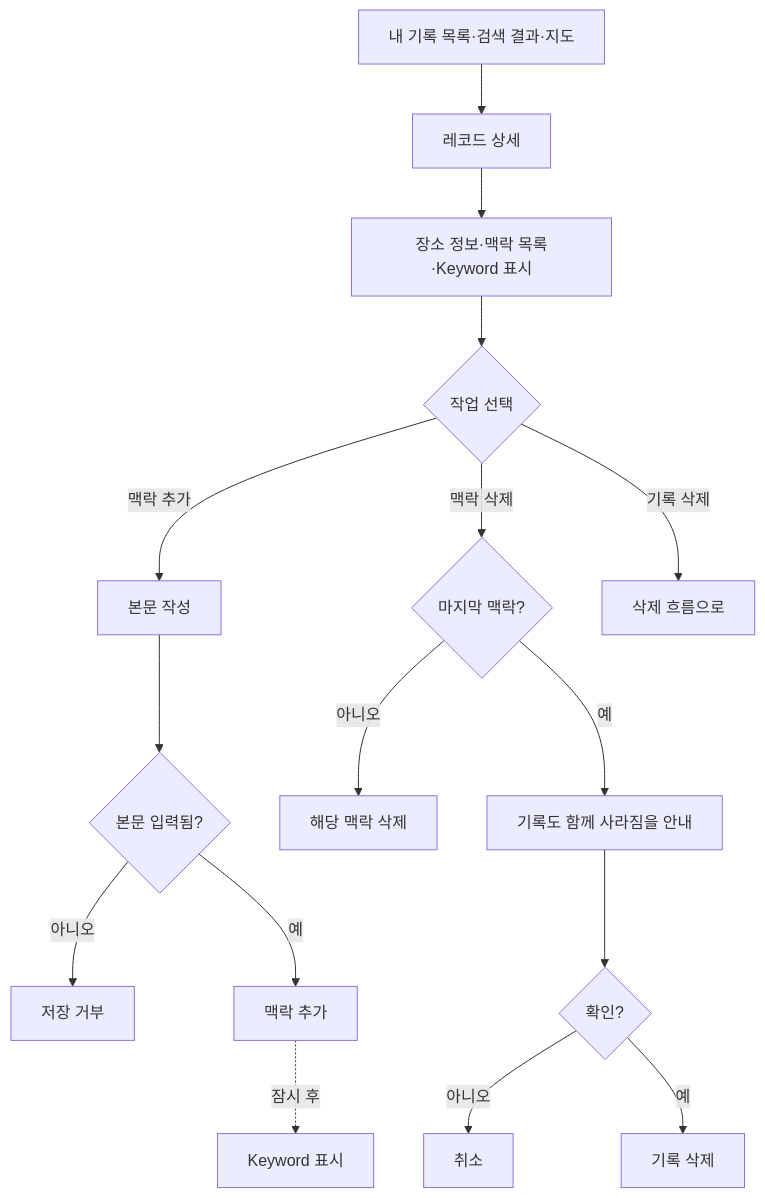
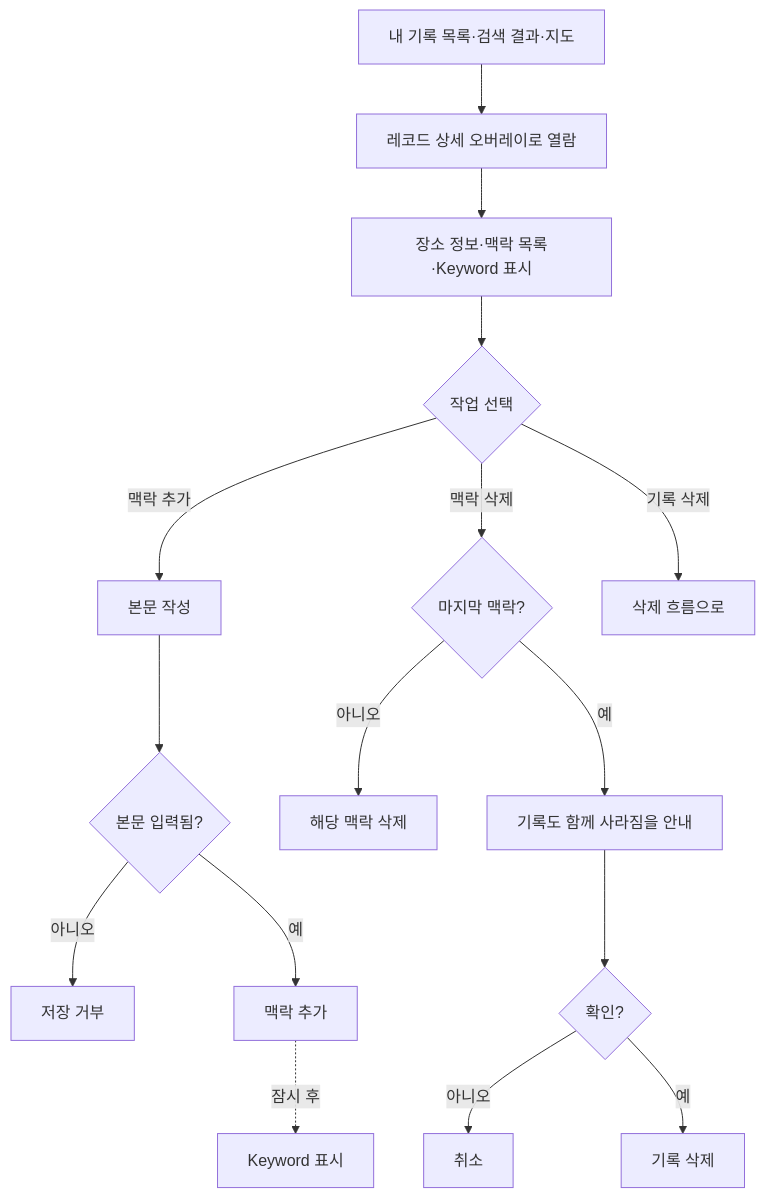
The third of 12 diagrams in docs/reference/09_유저플로우.md (Team-PinLog/front), drawn with Mermaid before and after one commit. The commit also changed other lines of this file, not shown here.

Commit message:
docs: doc-syncer로 09 유저플로우 레퍼런스 동기화

````diff
--- a/docs/reference/09_유저플로우.md
+++ b/docs/reference/09_유저플로우.md
@@ -66,18 +67,18 @@
 ```mermaid
 flowchart TD
-    A[내 기록 목록·검색 결과·지도] --> B[레코드 상세]
+    A[내 기록 목록·검색 결과·지도] --> B[레코드 상세 오버레이로 열람]
     B --> C[장소 정보·맥락 목록·Keyword 표시]
     C --> D{작업 선택}
     D -- 맥락 추가 --> E[본문 작성]
     E --> F{본문 입력됨?}
     F -- 아니오 --> G[저장 거부]
     F -- 예 --> H[맥락 추가]
     H -.잠시 후.-> I[Keyword 표시]
     D -- 맥락 삭제 --> J{마지막 맥락?}
     J -- 아니오 --> K[해당 맥락 삭제]
     J -- 예 --> L[기록도 함께 사라짐을 안내]
     L --> M{확인?}
     M -- 아니오 --> N[취소]
     M -- 예 --> O[기록 삭제]
     D -- 기록 삭제 --> P[삭제 흐름으로]
 ```
````
